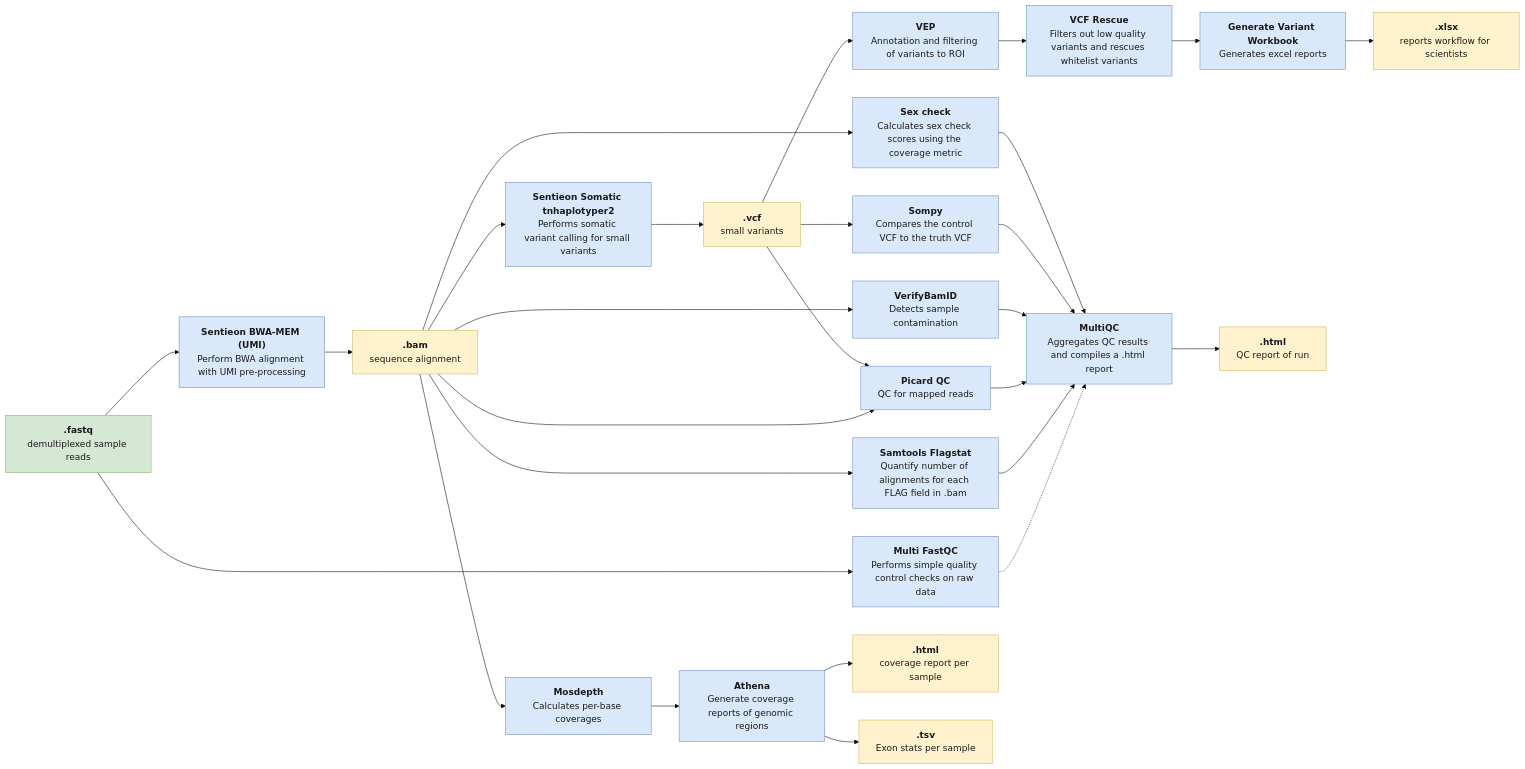
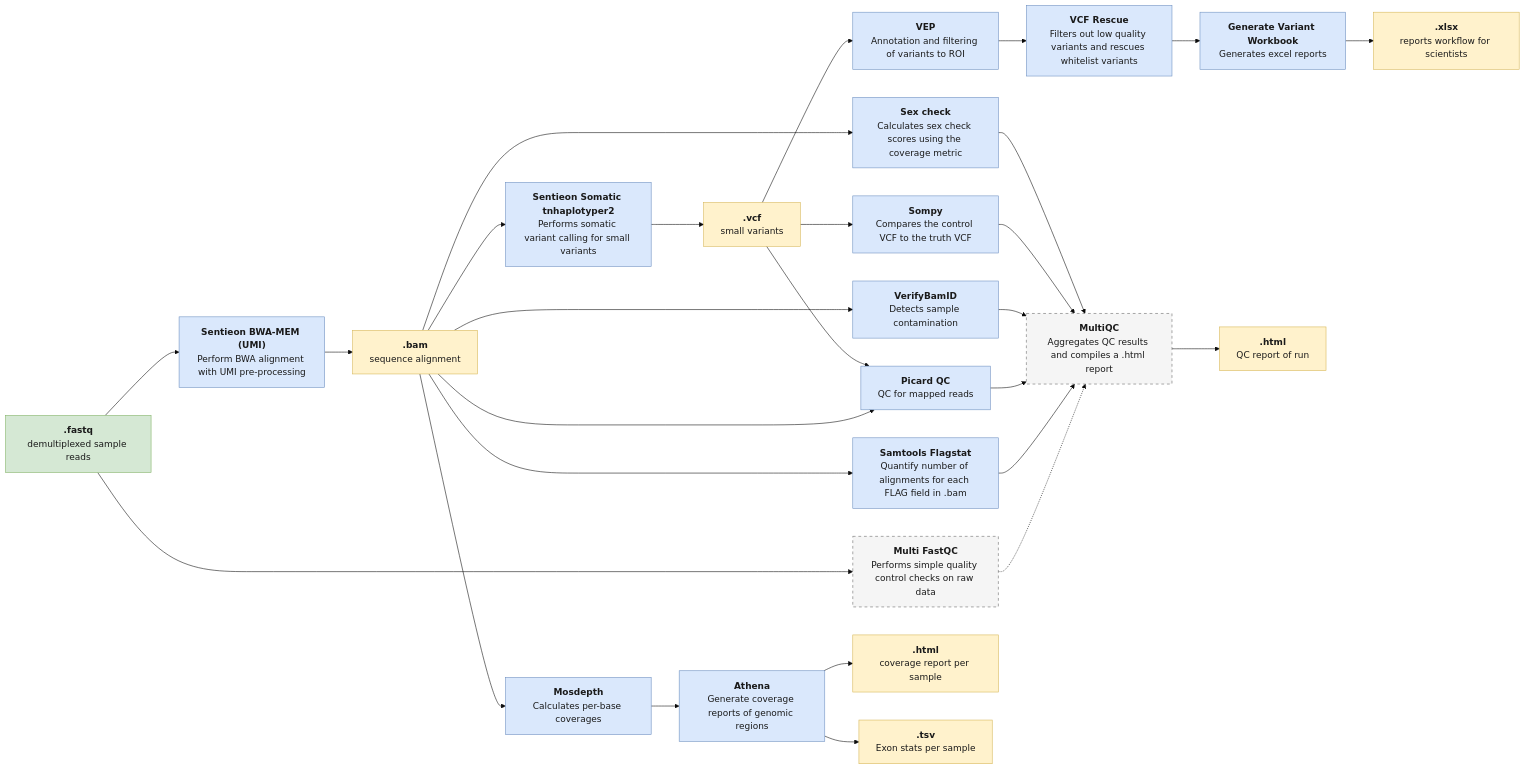
One commit to eastgenomics/eggd_gaea_main_workflow changed the diagram in images/full_gaea_practical.mermaid.mmd. Above: the diagram before and after it, drawn with Mermaid (base theme).

Commit message:
Update workflow diagram to classify Multi FastQC and MultiQC as external processes

```diff
--- a/images/full_gaea_practical.mermaid.mmd
+++ b/images/full_gaea_practical.mermaid.mmd
@@ -1,56 +1,57 @@
 flowchart LR
     classDef input fill:#d5e8d4,stroke:#82b366,color:#1a1a1a;
     classDef process fill:#dae8fc,stroke:#6c8ebf,color:#1a1a1a;
     classDef data fill:#fff2cc,stroke:#d6b656,color:#1a1a1a;
+    classDef external fill:#f5f5f5,stroke:#666666,color:#1a1a1a,stroke-dasharray: 5 5;
 
     fastq["<b>.fastq</b><br/>demultiplexed sample reads"]:::input
     bwa["<b>Sentieon BWA-MEM (UMI)</b><br/>Perform BWA alignment with UMI pre-processing"]:::process
     bam["<b>.bam</b><br/>sequence alignment"]:::data
     tnhap["<b>Sentieon Somatic tnhaplotyper2</b><br/>Performs somatic variant calling for small variants"]:::process
     vcf["<b>.vcf</b><br/>small variants"]:::data
     vep["<b>VEP</b><br/>Annotation and filtering of variants to ROI"]:::process
     rescue["<b>VCF Rescue</b><br/>Filters out low quality variants and rescues whitelist variants"]:::process
     workbook["<b>Generate Variant Workbook</b><br/>Generates excel reports"]:::process
     xlsx["<b>.xlsx</b><br/>reports workflow for scientists"]:::data
 
-    fastqc["<b>Multi FastQC</b><br/>Performs simple quality control checks on raw data"]:::process
+    fastqc["<b>Multi FastQC</b><br/>Performs simple quality control checks on raw data"]:::external
     mosdepth["<b>Mosdepth</b><br/>Calculates per-base coverages"]:::process
     flagstat["<b>Samtools Flagstat</b><br/>Quantify number of alignments for each FLAG field in .bam"]:::process
     picard["<b>Picard QC</b><br/>QC for mapped reads"]:::process
     verifybamid["<b>VerifyBamID</b><br/>Detects sample contamination"]:::process
     sompy["<b>Sompy</b><br/>Compares the control VCF to the truth VCF"]:::process
     sexcheck["<b>Sex check</b><br/>Calculates sex check scores using the coverage metric"]:::process
     athena["<b>Athena</b><br/>Generate coverage reports of genomic regions"]:::process
-    multiqc["<b>MultiQC</b><br/>Aggregates QC results and compiles a .html report"]:::process
+    multiqc["<b>MultiQC</b><br/>Aggregates QC results and compiles a .html report"]:::external
 
     htmlqc["<b>.html</b><br/>QC report of run"]:::data
     htmlcov["<b>.html</b><br/>coverage report per sample"]:::data
     tsvexon["<b>.tsv</b><br/>Exon stats per sample"]:::data
 
     fastq --> bwa
     fastq --> fastqc
     bwa --> bam
     bam --> tnhap
     bam --> mosdepth
     bam --> flagstat
     bam --> picard
     bam --> verifybamid
     bam --> sexcheck
     tnhap --> vcf
     vcf --> sompy
     vcf --> picard
     vcf --> vep
     vep --> rescue
     rescue --> workbook
     workbook --> xlsx
 
     fastqc -.-> multiqc
     flagstat --> multiqc
     picard --> multiqc
     verifybamid --> multiqc
     sompy --> multiqc
     sexcheck --> multiqc
     mosdepth --> athena
     athena --> tsvexon
     athena --> htmlcov
     multiqc --> htmlqc
```
